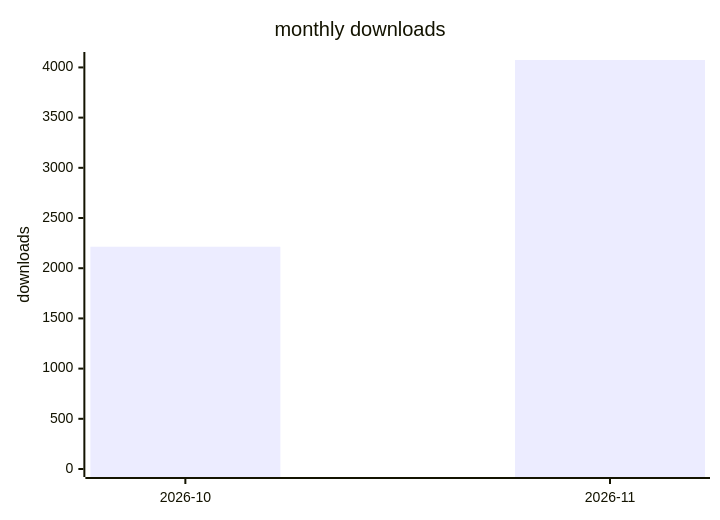
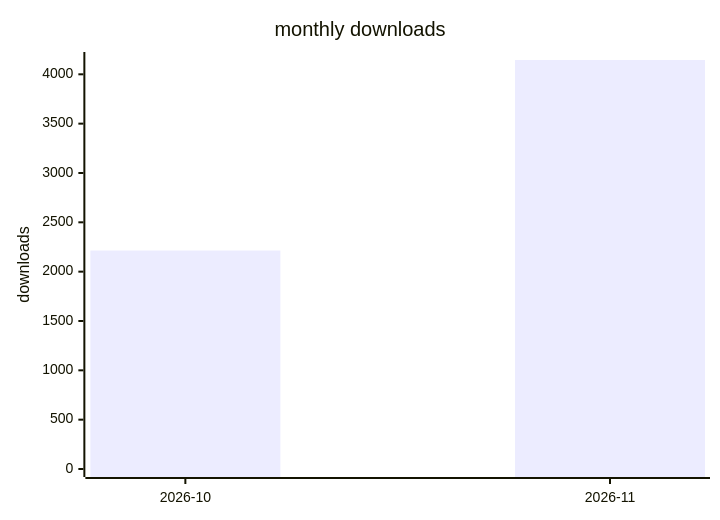
Before and after one commit to terry2010/dsh-rss-news-daily: the second of 2 diagrams in docs/downloads-2026.md, drawn with Mermaid. The commit also changed other lines of this file and 1 other file, not shown here.

````diff
--- a/docs/downloads-2026.md
+++ b/docs/downloads-2026.md
@@ -29,7 +29,7 @@
 ```mermaid
 xychart-beta
     title "monthly downloads"
     x-axis ["2026-10", "2026-11"]
-    y-axis "downloads" 0 --> 4074
-    bar [2214, 4074]
+    y-axis "downloads" 0 --> 4145
+    bar [2214, 4145]
 ```
````
